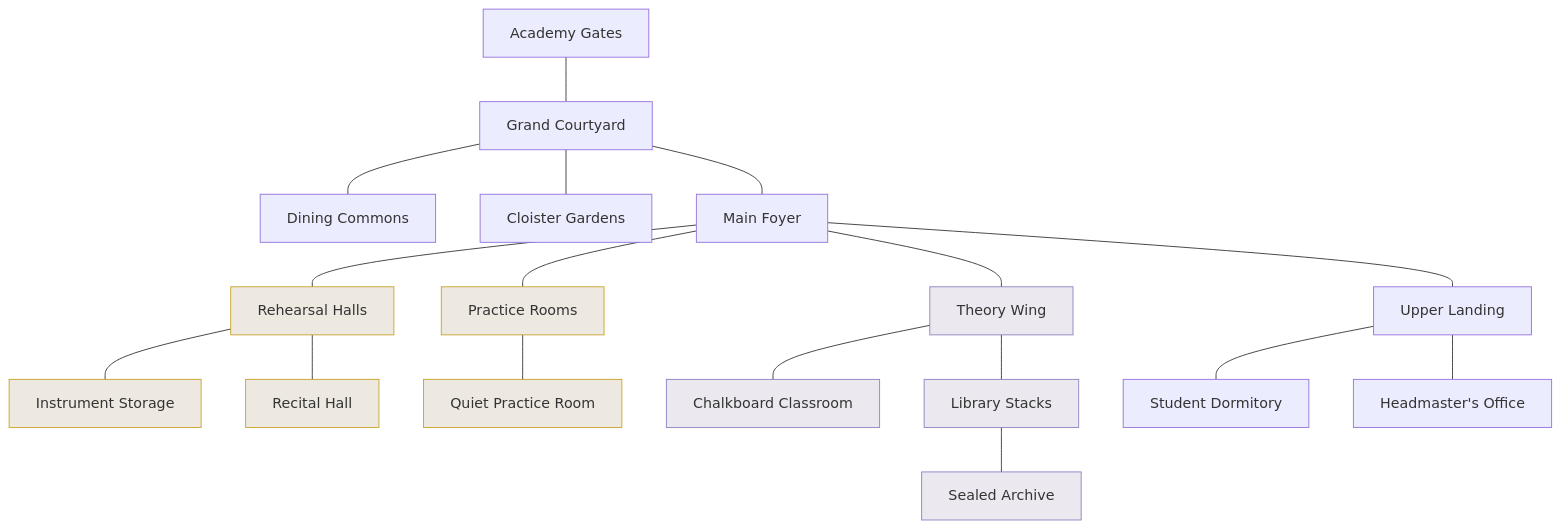
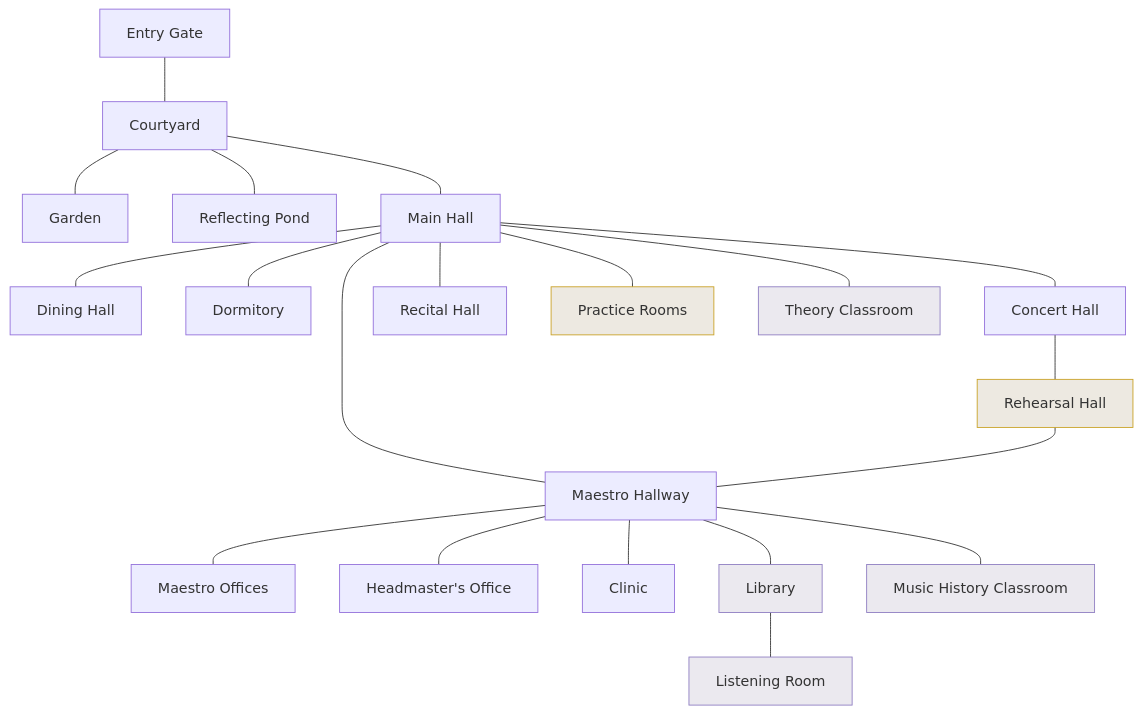
One commit to clemonsmusic-eng/Symphonica-Band-Quest changed the diagram in docs/LOCATION_DESIGN_HARMONIA.md. Above: the diagram before and after it, drawn with Mermaid. The commit also changed other lines of this file, not shown here.

First line of the commit message:
Rework Academy room map to the uploaded floor plan (19 rooms)

````diff
--- a/docs/LOCATION_DESIGN_HARMONIA.md
+++ b/docs/LOCATION_DESIGN_HARMONIA.md
@@ -32,24 +37,27 @@
 ```mermaid
 graph TD
-  gates[Academy Gates] --- courtyard[Grand Courtyard]
-  courtyard --- dining[Dining Commons]
-  courtyard --- gardens[Cloister Gardens]
-  courtyard --- foyer[Main Foyer]
-  foyer --- rehearsal[Rehearsal Halls]
-  foyer --- theory[Theory Wing]
-  foyer --- landing[Upper Landing]
-  foyer --- practice[Practice Rooms]
-  rehearsal --- storage[Instrument Storage]
-  rehearsal --- recital[Recital Hall]
-  practice --- quiet[Quiet Practice Room]
-  theory --- classroom[Chalkboard Classroom]
-  theory --- library[Library Stacks]
-  library --- archive[Sealed Archive]
-  landing --- dorm[Student Dormitory]
-  landing --- office[Headmaster's Office]
+  gate[Entry Gate] --- court[Courtyard]
+  court --- garden[Garden]
+  court --- pond[Reflecting Pond]
+  court --- main[Main Hall]
+  main --- dining[Dining Hall]
+  main --- dorm[Dormitory]
+  main --- concert[Concert Hall]
+  main --- recital[Recital Hall]
+  main --- practice[Practice Rooms]
+  main --- theory[Theory Classroom]
+  main --- mhall[Maestro Hallway]
+  concert --- rehearsal[Rehearsal Hall]
+  rehearsal --- mhall
+  mhall --- offices[Maestro Offices]
+  mhall --- head[Headmaster's Office]
+  mhall --- clinic[Clinic]
+  mhall --- library[Library]
+  mhall --- history[Music History Classroom]
+  library --- listening[Listening Room]
 
   classDef z1 fill:#7a5a1e22,stroke:#c9a227;
   classDef z2 fill:#6a5a8a22,stroke:#8f7ec2;
-  class rehearsal,practice,storage,recital,quiet z1;
-  class theory,library,classroom,archive z2;
+  class rehearsal,practice z1;
+  class theory,library,listening,history z2;
 ```
````
